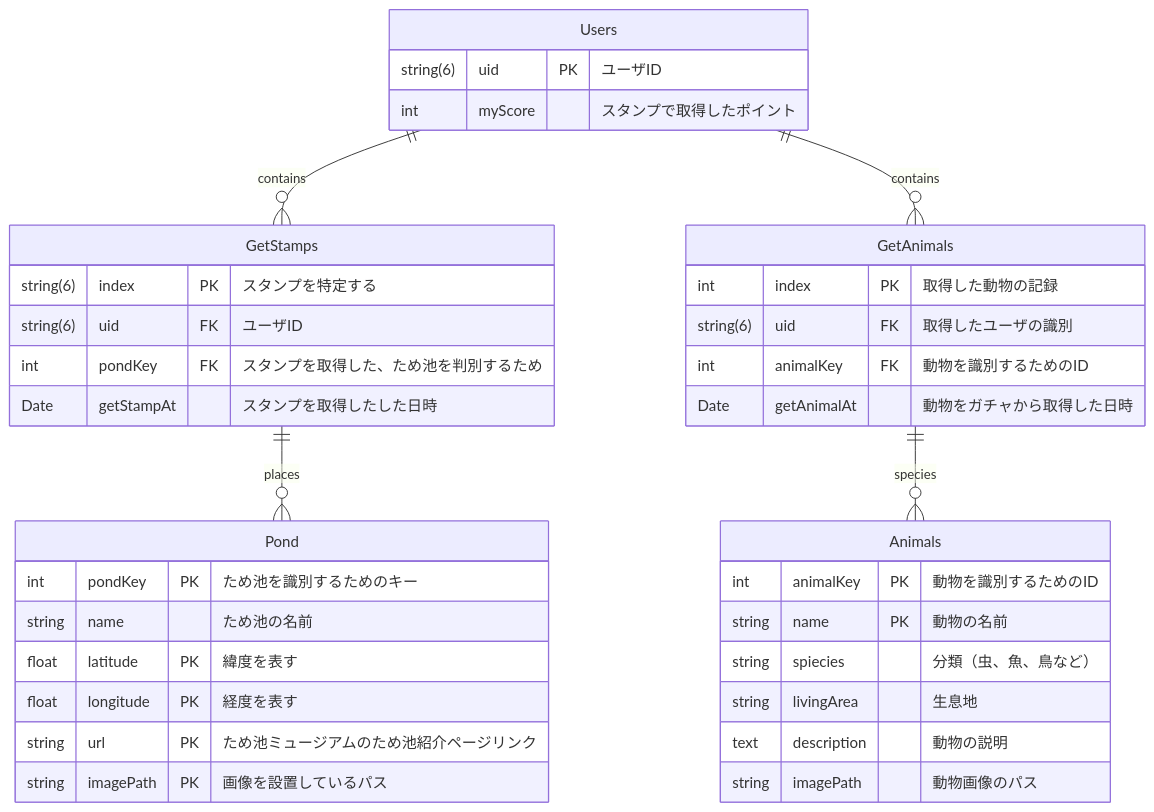
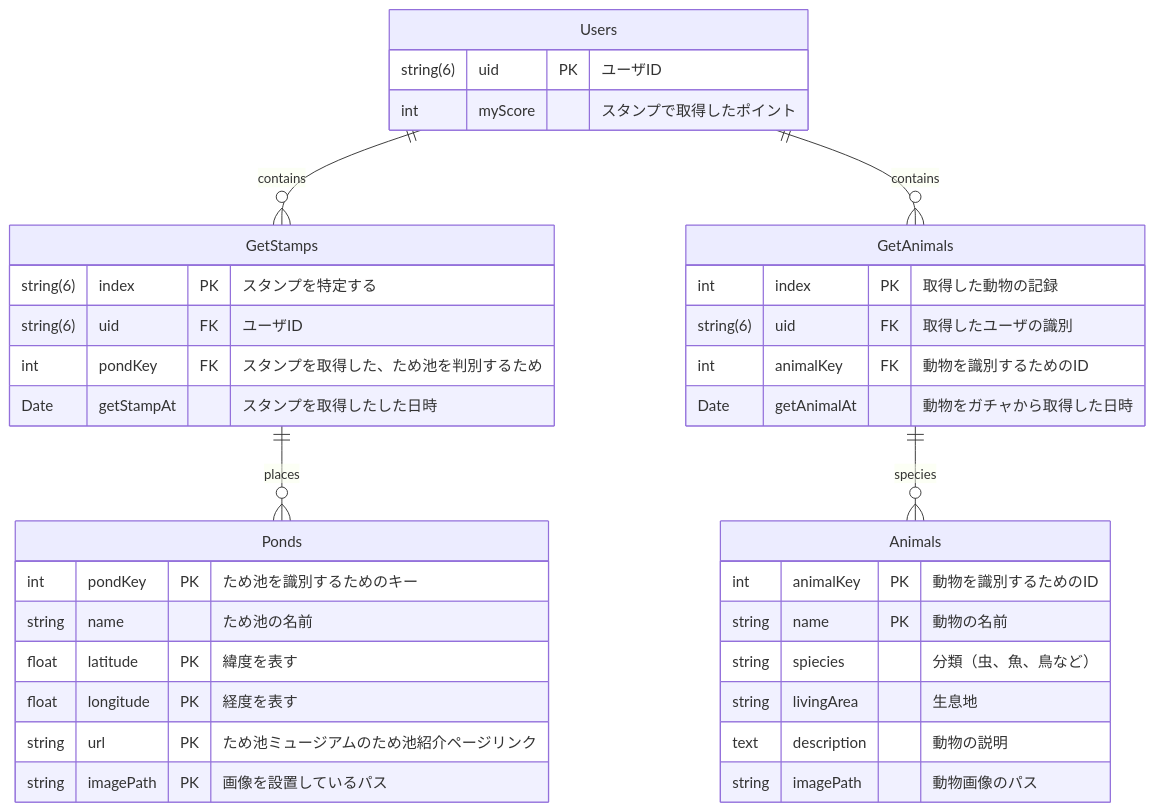
The diagram in docs/er-diagram.md (ngo3aV2C/tameike-go), drawn with Mermaid before and after one commit. The commit also changed 2 other files, not shown here.

Commit message:
🐛fix: #14 `Pond`クラスを`Ponds`クラスに変更

````diff
--- a/docs/er-diagram.md
+++ b/docs/er-diagram.md
@@ -4,51 +4,51 @@
 ```mermaid
 ---
 Title: "ため池GO! のデータベース設計"
 ---
 erDiagram
     Users ||--o{ GetStamps : contains
-    GetStamps ||--o{ Pond : places
+    GetStamps ||--o{ Ponds : places
     Users ||--o{ GetAnimals : contains
     GetAnimals ||--o{ Animals : species
 
     Users {
         string(6) uid PK "ユーザID"
         int myScore "スタンプで取得したポイント"
     }
 
     GetStamps {
         string(6) index PK "スタンプを特定する"
         %% 注意点として、Post処理にて同一データをN回保存しても、重複に気づかないリスクがある
         string(6) uid FK "ユーザID"
         int pondKey FK "スタンプを取得した、ため池を判別するため"
         Date getStampAt "スタンプを取得したした日時"
     }
 
-    %% ⚠️Pond Classはデータベースに保存しない
+    %% ⚠️Ponds Classはデータベースに保存しない
     %% あくまでコードロジックに反映させるためのモデル
-    Pond {
+    Ponds {
         int pondKey PK "ため池を識別するためのキー"
         string name "ため池の名前"
         float latitude PK "緯度を表す"
         float longitude PK "経度を表す"
         string url PK "ため池ミュージアムのため池紹介ページリンク"
         string imagePath PK "画像を設置しているパス"
     }
 
     GetAnimals {
         int index PK "取得した動物の記録"
         string(6) uid FK "取得したユーザの識別"
         int animalKey FK "動物を識別するためのID"
         Date getAnimalAt "動物をガチャから取得した日時"
     }
 
     %% Animals Classも同様にデータベースへ保存しない
     Animals {
         int animalKey PK "動物を識別するためのID"
         string name PK "動物の名前"
         string spiecies "分類（虫、魚、鳥など）"
         string livingArea "生息地"
         text description "動物の説明"
         string imagePath "動物画像のパス"
     }
 ```
````
